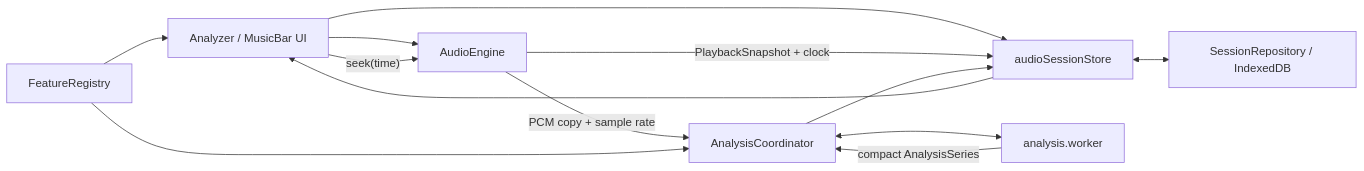
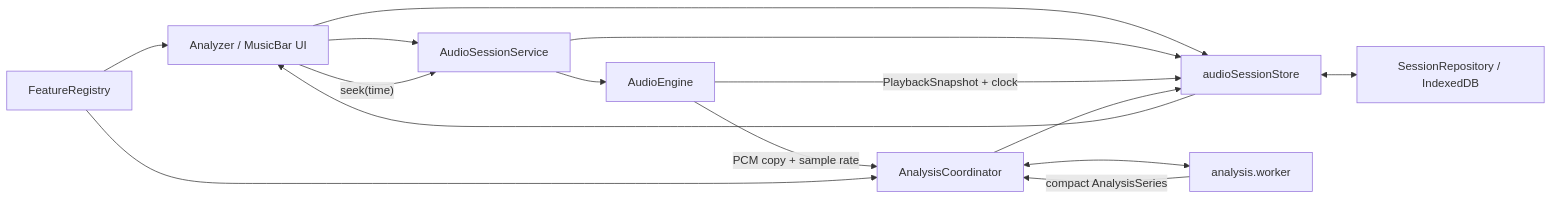
The diagram in docs/architecture/system-design.md (OoffofononeoZ/AudioNotSurfYet), drawn with Mermaid before and after one commit. The commit also changed other lines of this file and 32 other files, not shown here.

First line of the commit message:
feat: implement audio session management with Pinia store

````diff
--- a/docs/architecture/system-design.md
+++ b/docs/architecture/system-design.md
@@ -66,15 +67,17 @@
 ```mermaid
 flowchart LR
     UI["Analyzer / MusicBar UI"] --> Store["audioSessionStore"]
-    UI --> Engine["AudioEngine"]
+    UI --> Session["AudioSessionService"]
+    Session --> Engine["AudioEngine"]
+    Session --> Store
     Store <--> Repo["SessionRepository / IndexedDB"]
     Engine -->|"PlaybackSnapshot + clock"| Store
     Engine -->|"PCM copy + sample rate"| Coordinator["AnalysisCoordinator"]
     Coordinator <--> Worker["analysis.worker"]
     Registry["FeatureRegistry"] --> UI
     Registry --> Coordinator
     Worker -->|"compact AnalysisSeries"| Coordinator
     Coordinator --> Store
     Store --> UI
-    UI -->|"seek(time)"| Engine
+    UI -->|"seek(time)"| Session
 ```
````
